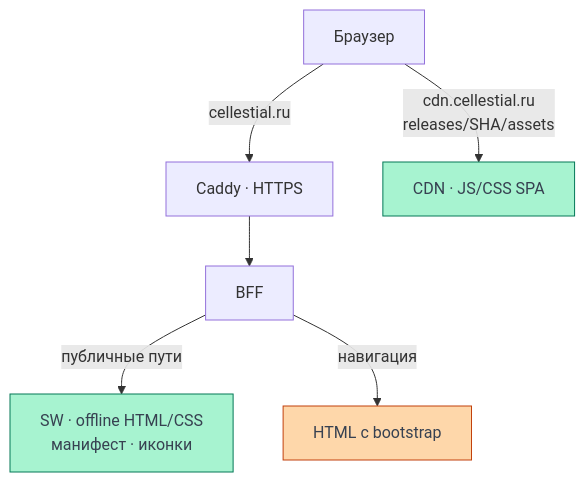
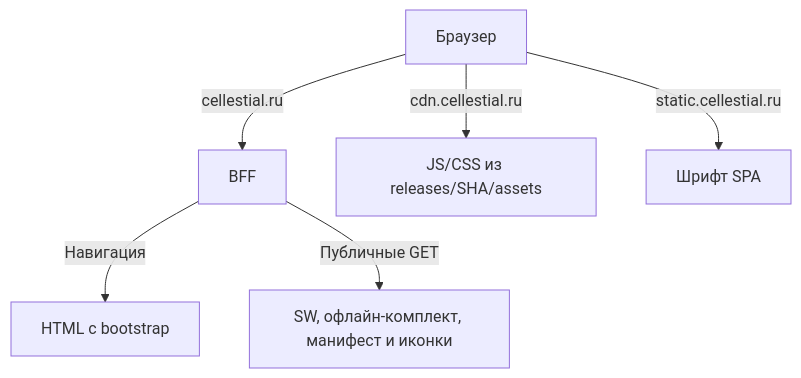
Before and after one commit to Cringe-Driven-Development-Team/docs: the diagram in site/documentation/offline/infrastructure.md, drawn with Mermaid. The commit also changed other lines of this file and 4 other files, not shown here.

````diff
--- a/site/documentation/offline/infrastructure.md
+++ b/site/documentation/offline/infrastructure.md
@@ -78,13 +30,8 @@
 ```mermaid
-%% Flowchart: сетевые запросы выбирают origin приложения или CDN.
-flowchart TB
-  browser["Браузер"] -->|"cellestial.ru"| caddy["Caddy · HTTPS"]
-  caddy --> bff["BFF"]
-  bff -->|"публичные пути"| publicFiles["SW · offline HTML/CSS<br>манифест · иконки"]
-  bff -->|"навигация"| personalHtml["HTML с bootstrap"]
-  browser -->|"cdn.cellestial.ru<br>releases/SHA/assets"| cdnAssets["CDN · JS/CSS SPA"]
-  classDef public fill:#a7f3d0,stroke:#047857,color:#374151
-  classDef personal fill:#fed7aa,stroke:#c2410c,color:#374151
-  class publicFiles,cdnAssets public
-  class personalHtml personal
+flowchart TD
+  U["Браузер"] -->|"cellestial.ru"| B["BFF"]
+  B -->|"Навигация"| H["HTML с bootstrap"]
+  B -->|"Публичные GET"| P["SW, офлайн-комплект, манифест и иконки"]
+  U -->|"cdn.cellestial.ru"| C["JS/CSS из releases/SHA/assets"]
+  U -->|"static.cellestial.ru"| S["Шрифт SPA"]
 ```
````
